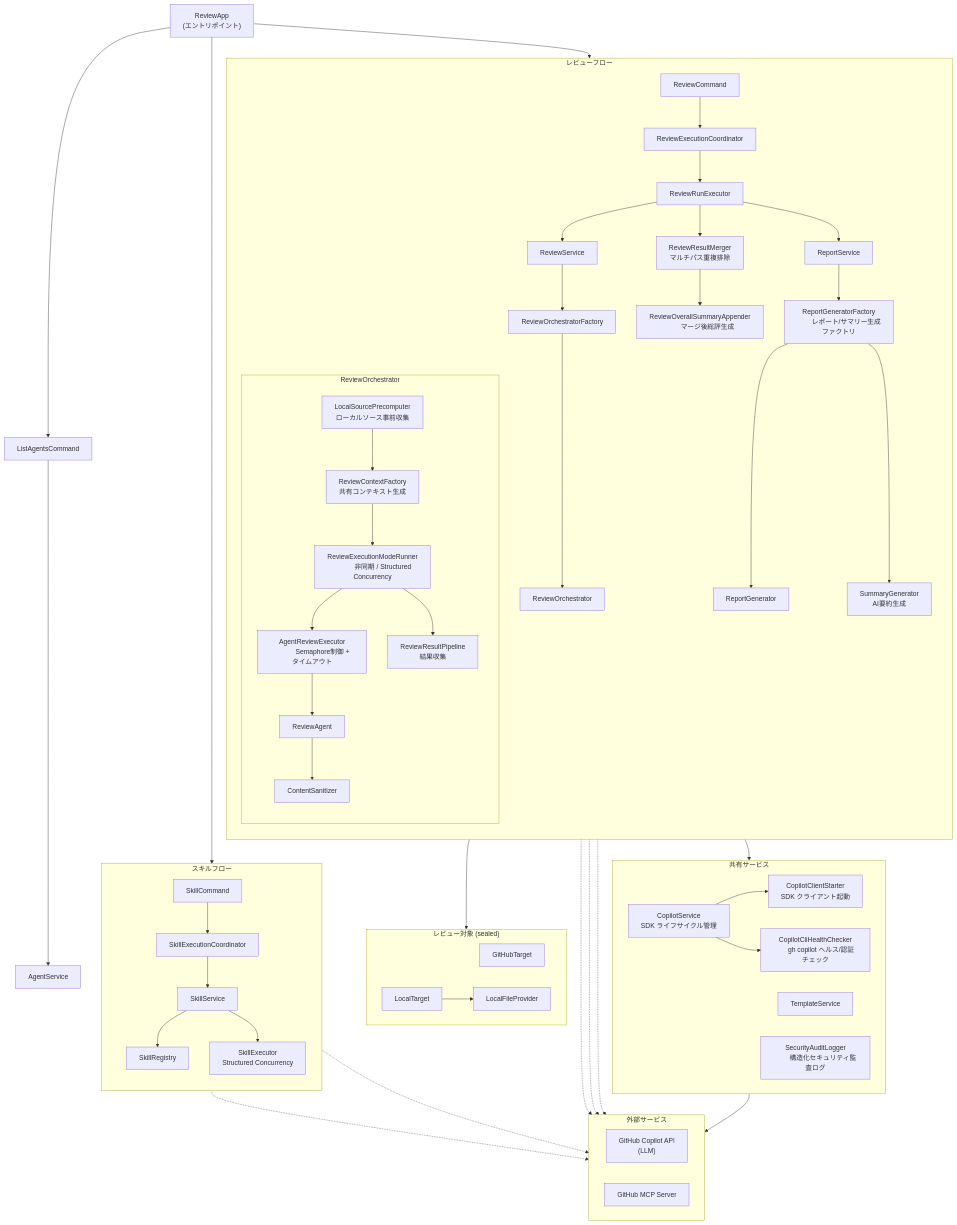
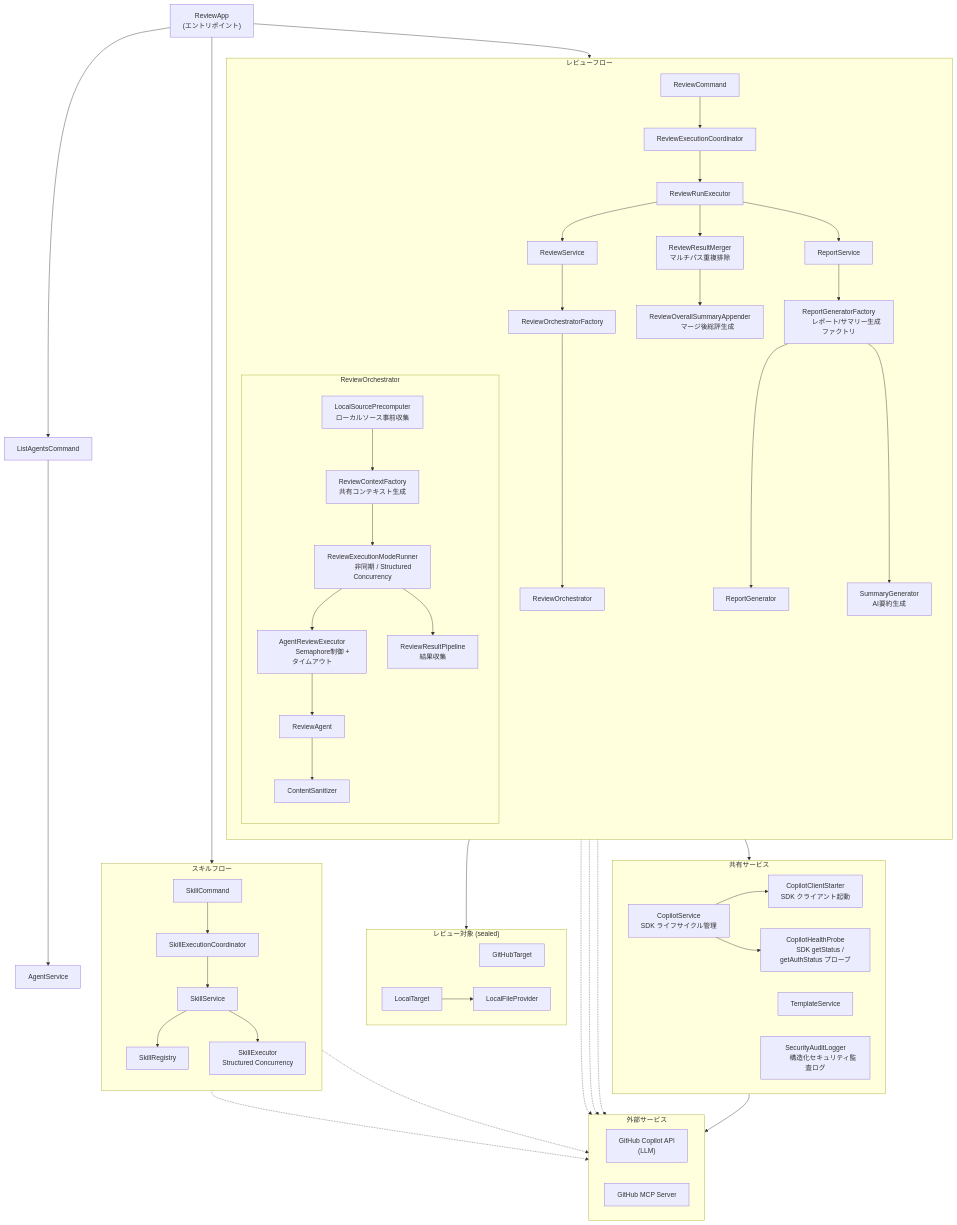
Before and after one commit to anishi1222/multi-agent-code-reviewer: the diagram in README_ja.md, drawn with Mermaid. The commit also changed other lines of this file and 51 other files, not shown here.

First line of the commit message:
refactor: maximize Copilot SDK for Java usage; reduce custom implementation (~ -1,100 LoC) (#142)

```diff
--- a/README_ja.md
+++ b/README_ja.md
@@ -835,8 +836,8 @@
         SDK ライフサイクル管理"]
       CopilotClientStarter["CopilotClientStarter
       SDK クライアント起動"]
-      CopilotCliHealthChecker["CopilotCliHealthChecker
-      gh copilot ヘルス/認証チェック"]
+      CopilotHealthProbe["CopilotHealthProbe
+      SDK getStatus / getAuthStatus プローブ"]
         TemplateService
         SecurityAuditLogger["SecurityAuditLogger
         構造化セキュリティ監査ログ"]
@@ -844,7 +845,7 @@
 
     ReviewExecutionCoordinator --> CopilotService
     CopilotService --> CopilotClientStarter
-    CopilotService --> CopilotCliHealthChecker
+    CopilotService --> CopilotHealthProbe
 
     %% ── 外部サービス ──
     subgraph External["外部サービス"]
```
